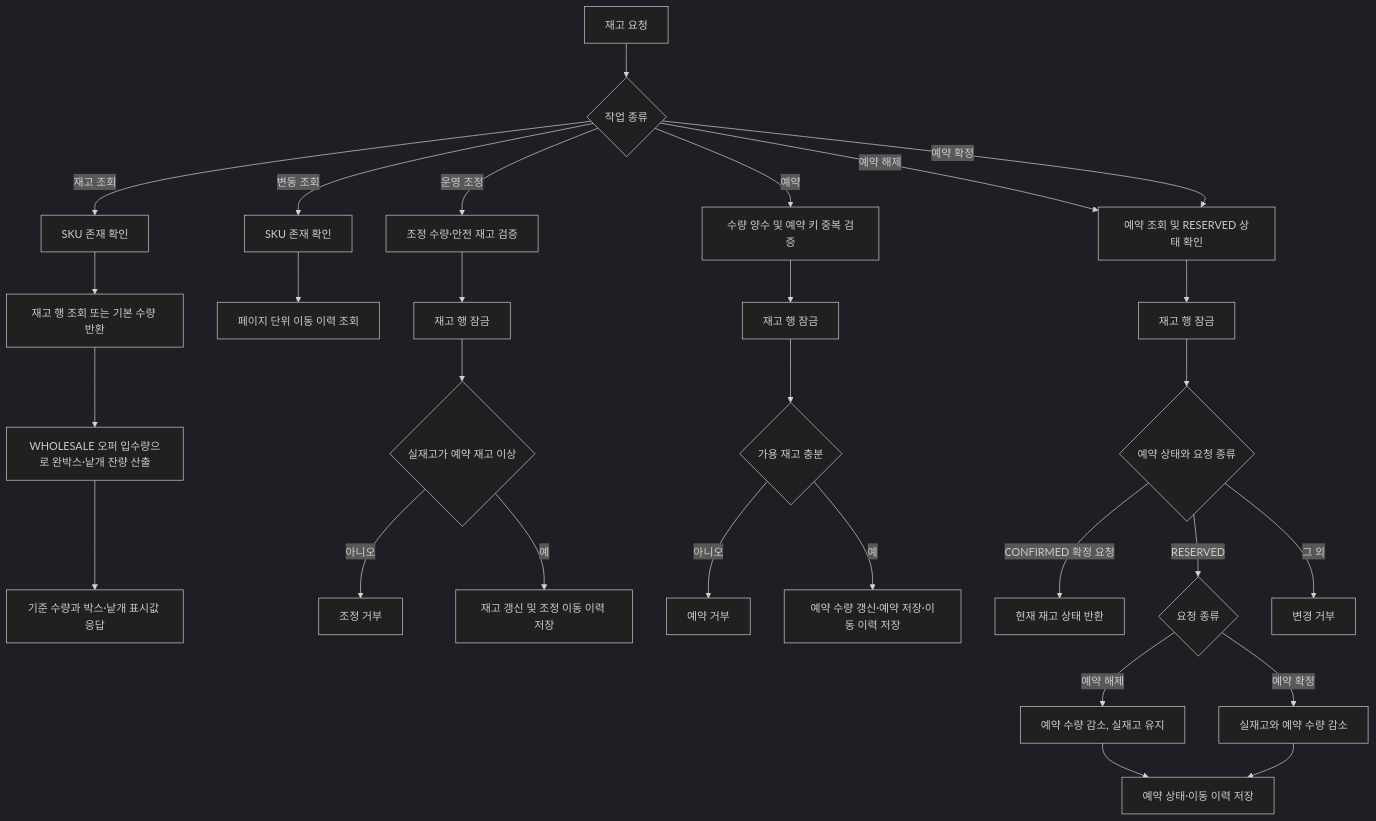
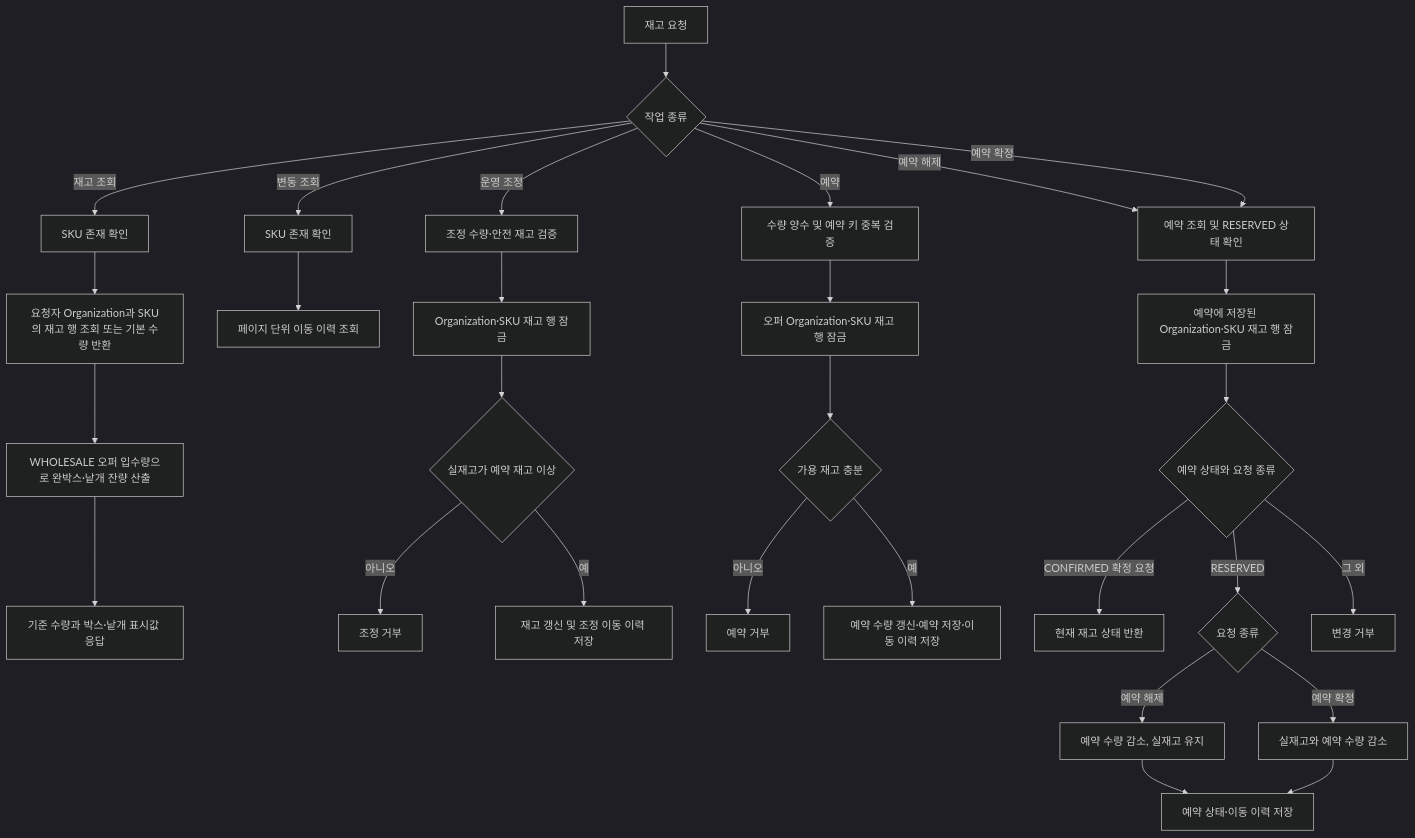
One commit to DongHyeonEom/umji-market-api changed the first of 2 diagrams in docs/services/inventory.md. Above: the diagram before and after it, drawn with Mermaid (dark theme). The commit also changed other lines of this file and 41 other files, not shown here.

````diff
--- a/docs/services/inventory.md
+++ b/docs/services/inventory.md
@@ -13,31 +21,31 @@
 ```mermaid
 flowchart TD
     A[재고 요청] --> B{작업 종류}
     B -- 재고 조회 --> C[SKU 존재 확인]
-    C --> D[재고 행 조회 또는 기본 수량 반환]
+    C --> D[요청자 Organization과 SKU의 재고 행 조회 또는 기본 수량 반환]
     D --> D2[WHOLESALE 오퍼 입수량으로 완박스·낱개 잔량 산출]
     D2 --> D3[기준 수량과 박스·낱개 표시값 응답]
     B -- 변동 조회 --> C1[SKU 존재 확인]
     C1 --> D1[페이지 단위 이동 이력 조회]
     B -- 운영 조정 --> E[조정 수량·안전 재고 검증]
-    E --> F[재고 행 잠금]
+    E --> F[Organization·SKU 재고 행 잠금]
     F --> G{실재고가 예약 재고 이상}
     G -- 아니오 --> H[조정 거부]
     G -- 예 --> I[재고 갱신 및 조정 이동 이력 저장]
     B -- 예약 --> J[수량 양수 및 예약 키 중복 검증]
-    J --> K[재고 행 잠금]
+    J --> K[오퍼 Organization·SKU 재고 행 잠금]
     K --> L{가용 재고 충분}
     L -- 아니오 --> M[예약 거부]
     L -- 예 --> N[예약 수량 갱신·예약 저장·이동 이력 저장]
     B -- 예약 해제 --> O[예약 조회 및 RESERVED 상태 확인]
     B -- 예약 확정 --> O
-    O --> P[재고 행 잠금]
+    O --> P[예약에 저장된 Organization·SKU 재고 행 잠금]
     P --> Q{예약 상태와 요청 종류}
     Q -- CONFIRMED 확정 요청 --> R[현재 재고 상태 반환]
     Q -- RESERVED --> S{요청 종류}
     Q -- 그 외 --> T[변경 거부]
     S -- 예약 해제 --> U[예약 수량 감소, 실재고 유지]
     S -- 예약 확정 --> V[실재고와 예약 수량 감소]
     U --> W[예약 상태·이동 이력 저장]
     V --> W
 ```
````
